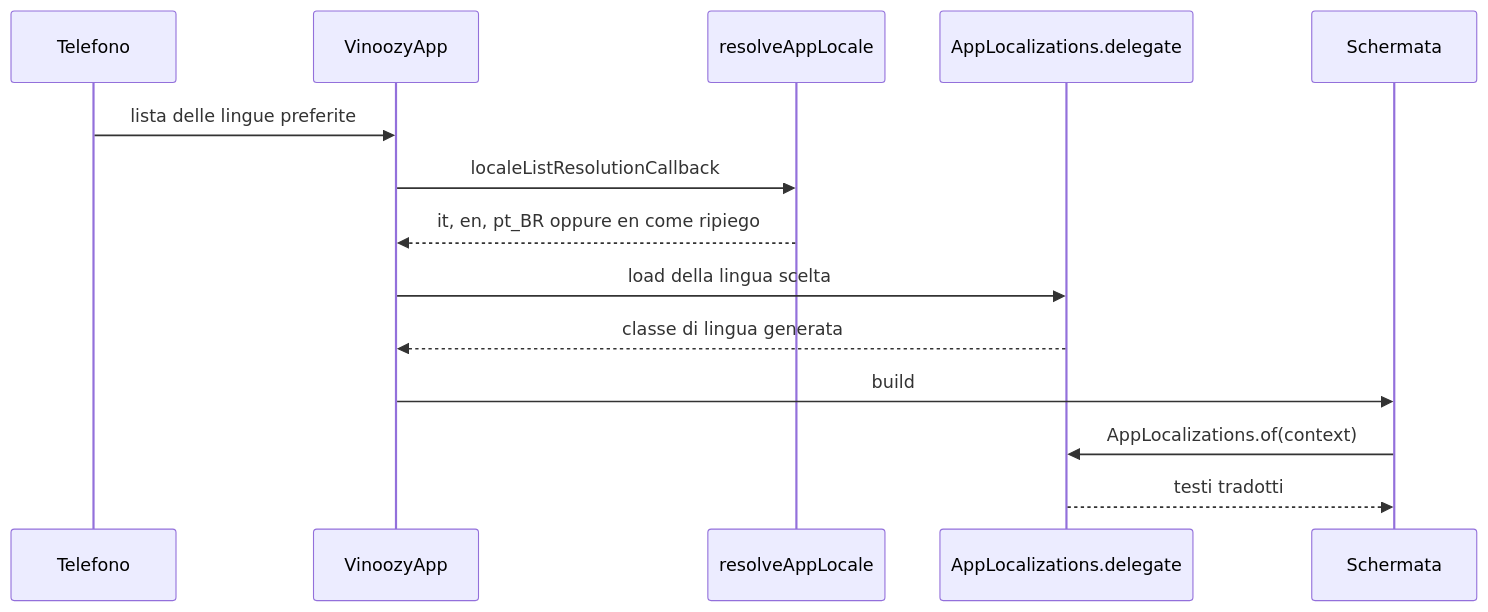
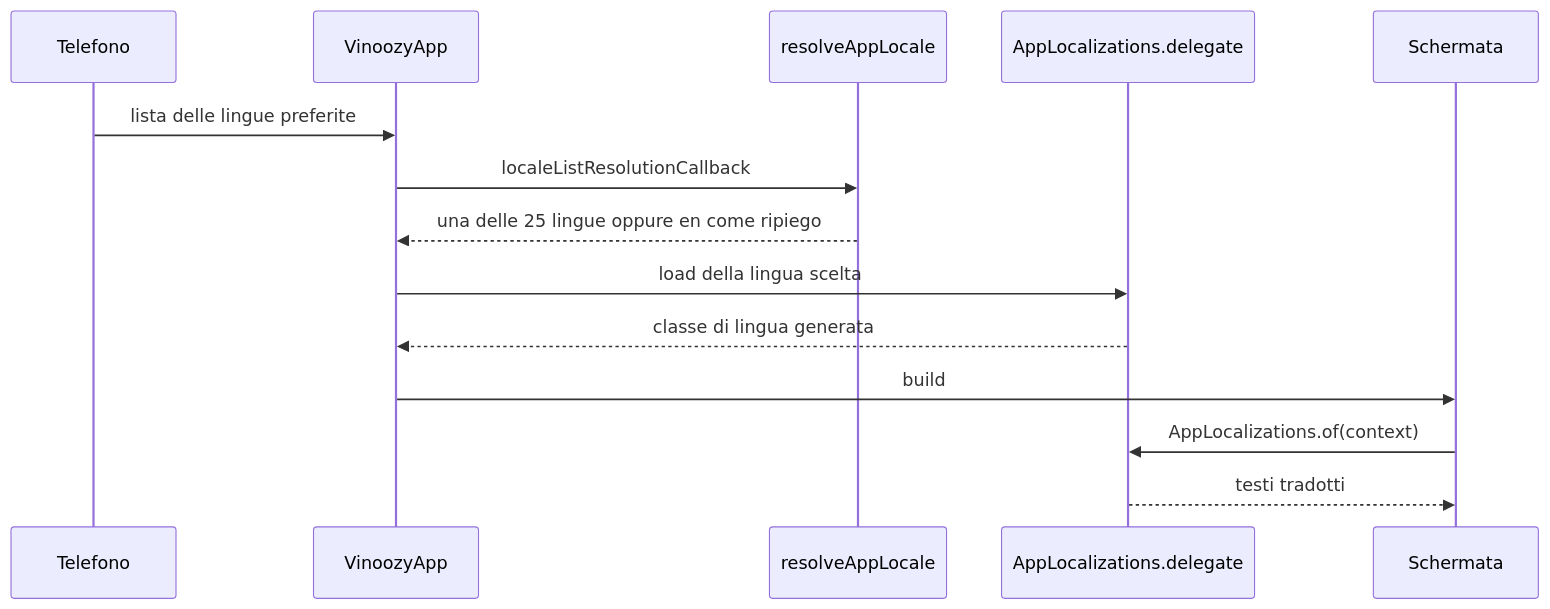
The third of 5 diagrams in aidlc/spaces/default/codekb/Vinoozy/architecture.md (brunobottazzini/Vinoozy), drawn with Mermaid before and after one commit. The commit also changed other lines of this file and 182 other files, not shown here.

````diff
--- a/aidlc/spaces/default/codekb/Vinoozy/architecture.md
+++ b/aidlc/spaces/default/codekb/Vinoozy/architecture.md
@@ -116,17 +168,17 @@
 ```mermaid
 sequenceDiagram
   participant Phone as Telefono
   participant App as VinoozyApp
   participant Res as resolveAppLocale
   participant Del as AppLocalizations.delegate
   participant UI as Schermata
 
   Phone->>App: lista delle lingue preferite
   App->>Res: localeListResolutionCallback
-  Res-->>App: it, en, pt_BR oppure en come ripiego
+  Res-->>App: una delle 25 lingue oppure en come ripiego
   App->>Del: load della lingua scelta
   Del-->>App: classe di lingua generata
   App->>UI: build
   UI->>Del: AppLocalizations.of(context)
   Del-->>UI: testi tradotti
 ```
````
